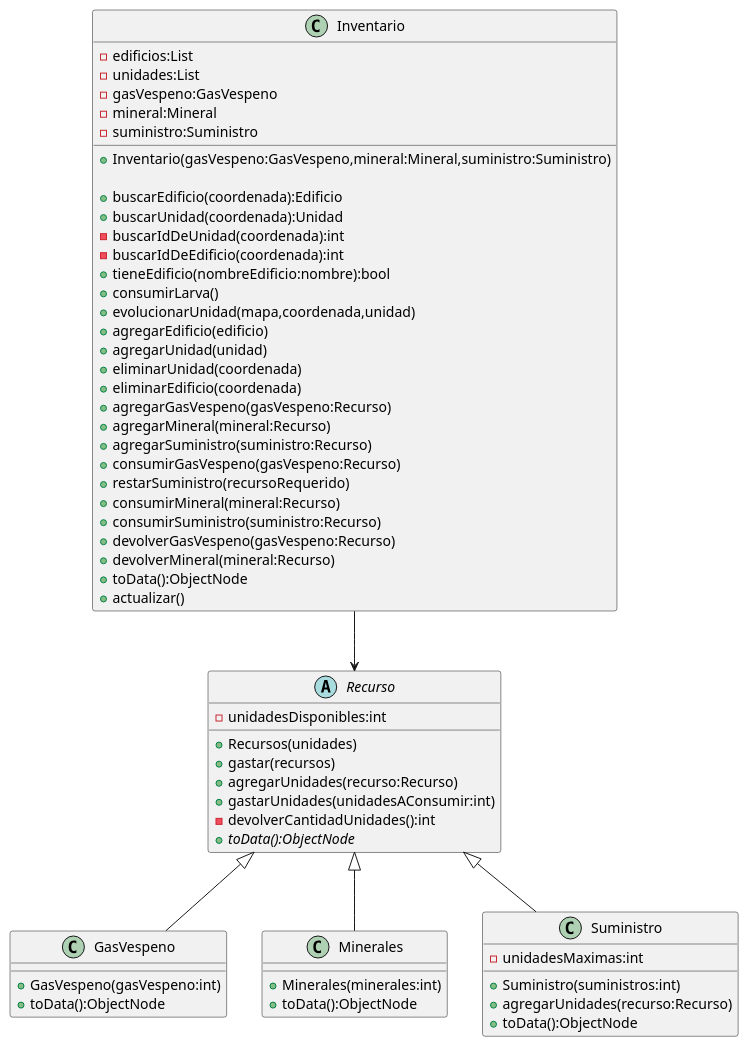
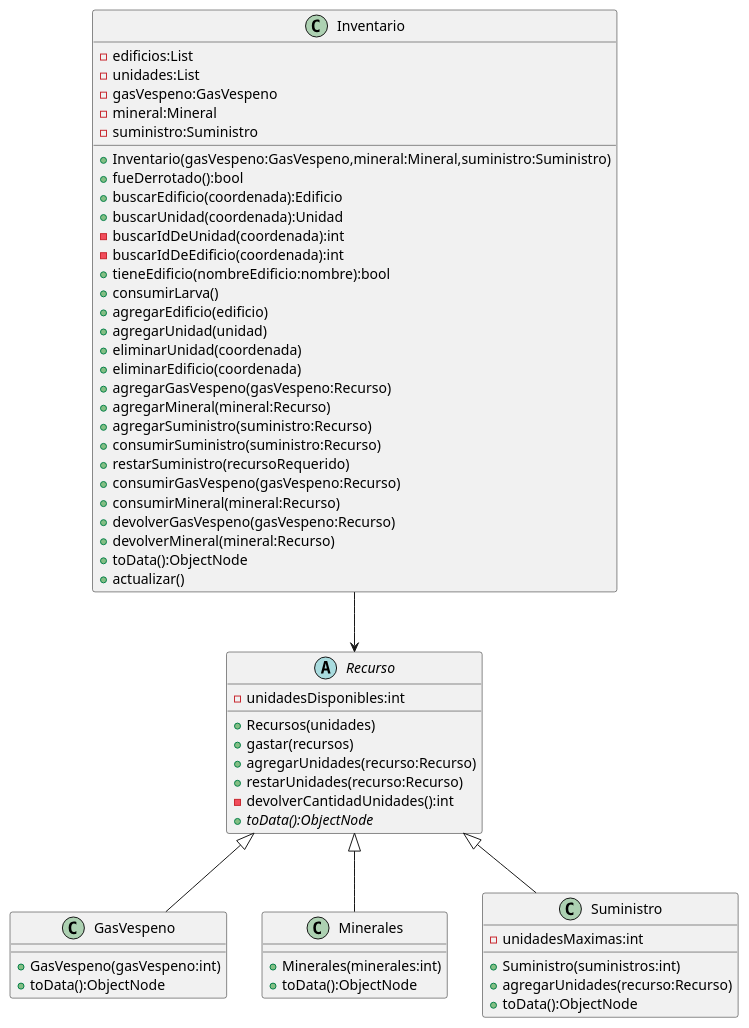
One commit to LucasMBarrientos/algo3_tp2 changed the diagram in diagrams/Modelo/class/clase_inventario.puml. Above: the diagram before and after it, drawn with PlantUML.

Commit message:
inventario

```diff
--- a/diagrams/Modelo/class/clase_inventario.puml
+++ b/diagrams/Modelo/class/clase_inventario.puml
@@ -1,74 +1,75 @@
 @startuml
 abstract Recurso{
 -unidadesDisponibles:int
 +Recursos(unidades)
 +gastar(recursos)
 +agregarUnidades(recurso:Recurso)
-+gastarUnidades(unidadesAConsumir:int)
++restarUnidades(recurso:Recurso)
+'+gastarUnidades(unidadesAConsumir:int)
 -devolverCantidadUnidades():int
 +{abstract}toData():ObjectNode
 
 }
 
 class Inventario{
 -edificios:List
 -unidades:List
 -gasVespeno:GasVespeno
 -mineral:Mineral
 -suministro:Suministro
 
 +Inventario(gasVespeno:GasVespeno,mineral:Mineral,suministro:Suministro)
-
++fueDerrotado():bool
 +buscarEdificio(coordenada):Edificio
 +buscarUnidad(coordenada):Unidad
 -buscarIdDeUnidad(coordenada):int
 -buscarIdDeEdificio(coordenada):int
 +tieneEdificio(nombreEdificio:nombre):bool
 +consumirLarva()
-+evolucionarUnidad(mapa,coordenada,unidad)
 +agregarEdificio(edificio)
 +agregarUnidad(unidad)
 +eliminarUnidad(coordenada)
 +eliminarEdificio(coordenada)
 +agregarGasVespeno(gasVespeno:Recurso)
 +agregarMineral(mineral:Recurso)
 +agregarSuministro(suministro:Recurso)
++consumirSuministro(suministro:Recurso)
++restarSuministro(recursoRequerido)
 +consumirGasVespeno(gasVespeno:Recurso)
-+restarSuministro(recursoRequerido)
 +consumirMineral(mineral:Recurso)
-+consumirSuministro(suministro:Recurso)
 +devolverGasVespeno(gasVespeno:Recurso)
 +devolverMineral(mineral:Recurso)
 +toData():ObjectNode
+'+evolucionarUnidad(mapa,coordenada,unidad)
 +actualizar()
 }
 
 class GasVespeno{
 +GasVespeno(gasVespeno:int)
 +toData():ObjectNode
 }
 
 class Minerales{
 
 +Minerales(minerales:int)
 +toData():ObjectNode
 }
 class Suministro{
 -unidadesMaximas:int
 +Suministro(suministros:int)
 +agregarUnidades(recurso:Recurso)
 +toData():ObjectNode
 }
 
 
 
 
 
 Recurso <|--Suministro
 Recurso <|--Minerales
 Recurso <|--GasVespeno
 
 
 
 Inventario -down->Recurso
 @enduml
```
